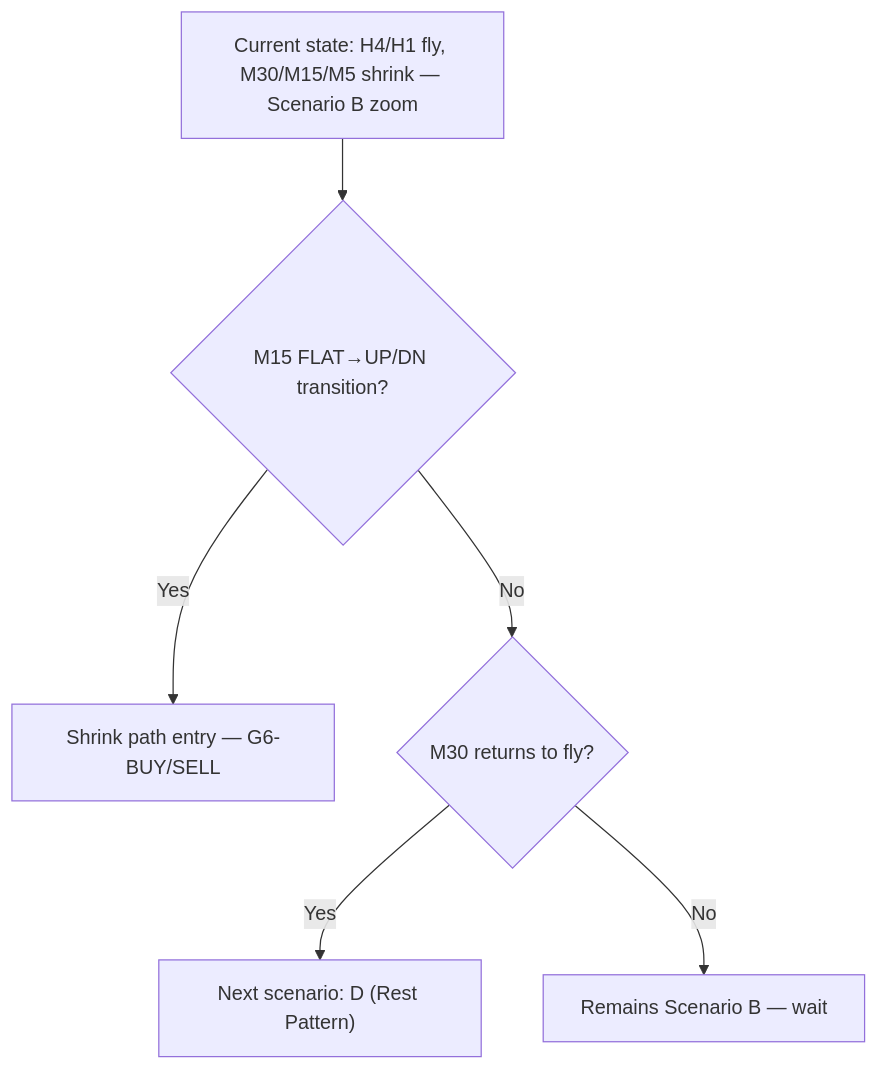
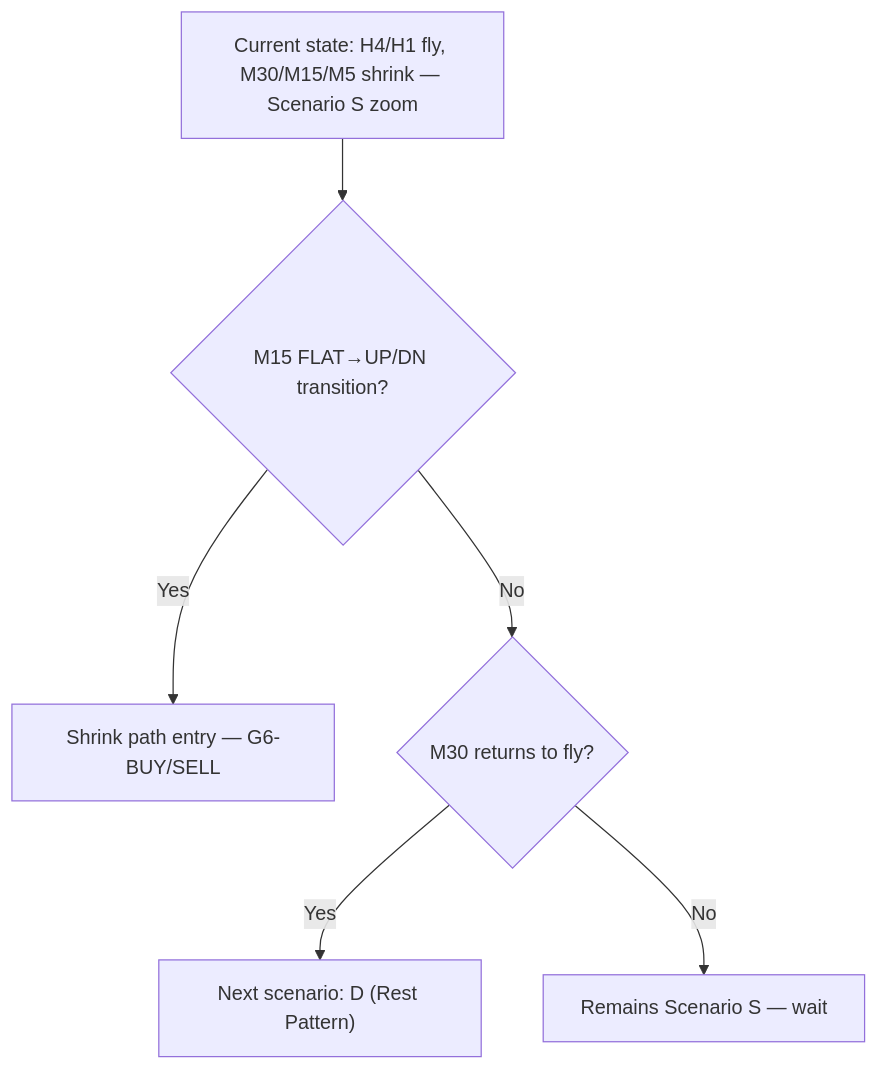
The third of 12 diagrams in references/IMAGE_ANALYSIS.md (Terrypang89/BB_MTF_M15_STRATEGY), drawn with Mermaid before and after one commit. The commit also changed other lines of this file and 12 other files, not shown here.

````diff
--- a/references/IMAGE_ANALYSIS.md
+++ b/references/IMAGE_ANALYSIS.md
@@ -201,9 +201,9 @@
 ```mermaid
 flowchart TD
-    A["Current state: H4/H1 fly, M30/M15/M5 shrink — Scenario B zoom"]
+    A["Current state: H4/H1 fly, M30/M15/M5 shrink — Scenario S zoom"]
     A --> B{"M15 FLAT→UP/DN transition?"}
     B -->|Yes| C["Shrink path entry — G6-BUY/SELL"]
     B -->|No| D{"M30 returns to fly?"}
     D -->|Yes| E["Next scenario: D (Rest Pattern)"]
-    D -->|No| F["Remains Scenario B — wait"]
+    D -->|No| F["Remains Scenario S — wait"]
 ```
````
